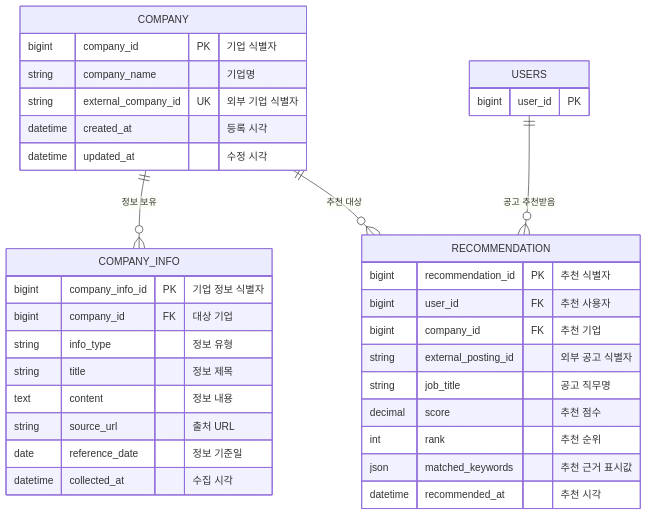
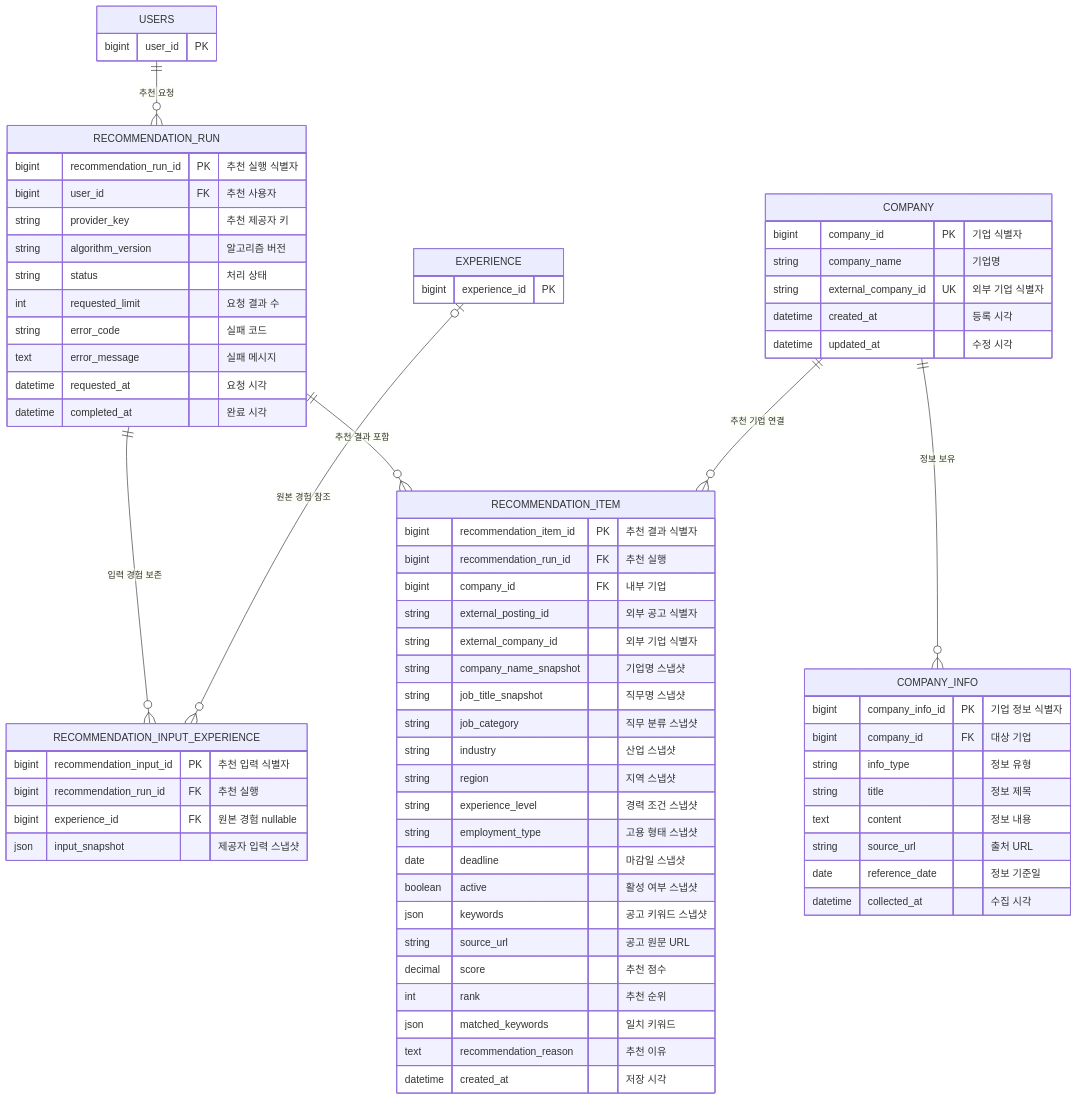
Before and after one commit to skala-gj-6/resume-recommendation: the diagram in docs/db/03_company_recommendation.md, drawn with Mermaid. The commit also changed other lines of this file and 82 other files, not shown here.

First line of the commit message:
Feature/backend demo flow (#21)

````diff
--- a/docs/db/03_company_recommendation.md
+++ b/docs/db/03_company_recommendation.md
@@ -7,41 +7,80 @@
 ```mermaid
 erDiagram
     COMPANY ||--o{ COMPANY_INFO : "정보 보유"
-    USERS ||--o{ RECOMMENDATION : "공고 추천받음"
-    COMPANY ||--o{ RECOMMENDATION : "추천 대상"
+    USERS ||--o{ RECOMMENDATION_RUN : "추천 요청"
+    RECOMMENDATION_RUN ||--o{ RECOMMENDATION_INPUT_EXPERIENCE : "입력 경험 보존"
+    EXPERIENCE o|--o{ RECOMMENDATION_INPUT_EXPERIENCE : "원본 경험 참조"
+    RECOMMENDATION_RUN ||--o{ RECOMMENDATION_ITEM : "추천 결과 포함"
+    COMPANY ||--o{ RECOMMENDATION_ITEM : "추천 기업 연결"
 
     USERS {
         bigint user_id PK
+    }
+
+    EXPERIENCE {
+        bigint experience_id PK
     }
 
     COMPANY {
         bigint company_id PK "기업 식별자"
         string company_name "기업명"
         string external_company_id UK "외부 기업 식별자"
         datetime created_at "등록 시각"
         datetime updated_at "수정 시각"
     }
 
     COMPANY_INFO {
         bigint company_info_id PK "기업 정보 식별자"
         bigint company_id FK "대상 기업"
         string info_type "정보 유형"
         string title "정보 제목"
         text content "정보 내용"
         string source_url "출처 URL"
         date reference_date "정보 기준일"
         datetime collected_at "수집 시각"
     }
 
-    RECOMMENDATION {
-        bigint recommendation_id PK "추천 식별자"
+    RECOMMENDATION_RUN {
+        bigint recommendation_run_id PK "추천 실행 식별자"
         bigint user_id FK "추천 사용자"
-        bigint company_id FK "추천 기업"
+        string provider_key "추천 제공자 키"
+        string algorithm_version "알고리즘 버전"
+        string status "처리 상태"
+        int requested_limit "요청 결과 수"
+        string error_code "실패 코드"
+        text error_message "실패 메시지"
+        datetime requested_at "요청 시각"
+        datetime completed_at "완료 시각"
+    }
+
+    RECOMMENDATION_INPUT_EXPERIENCE {
+        bigint recommendation_input_id PK "추천 입력 식별자"
+        bigint recommendation_run_id FK "추천 실행"
+        bigint experience_id FK "원본 경험 nullable"
+        json input_snapshot "제공자 입력 스냅샷"
+    }
+
+    RECOMMENDATION_ITEM {
+        bigint recommendation_item_id PK "추천 결과 식별자"
+        bigint recommendation_run_id FK "추천 실행"
+        bigint company_id FK "내부 기업"
         string external_posting_id "외부 공고 식별자"
-        string job_title "공고 직무명"
+        string external_company_id "외부 기업 식별자"
+        string company_name_snapshot "기업명 스냅샷"
+        string job_title_snapshot "직무명 스냅샷"
+        string job_category "직무 분류 스냅샷"
+        string industry "산업 스냅샷"
+        string region "지역 스냅샷"
+        string experience_level "경력 조건 스냅샷"
+        string employment_type "고용 형태 스냅샷"
+        date deadline "마감일 스냅샷"
+        boolean active "활성 여부 스냅샷"
+        json keywords "공고 키워드 스냅샷"
+        string source_url "공고 원문 URL"
         decimal score "추천 점수"
         int rank "추천 순위"
-        json matched_keywords "추천 근거 표시값"
-        datetime recommended_at "추천 시각"
+        json matched_keywords "일치 키워드"
+        text recommendation_reason "추천 이유"
+        datetime created_at "저장 시각"
     }
 ```
````
